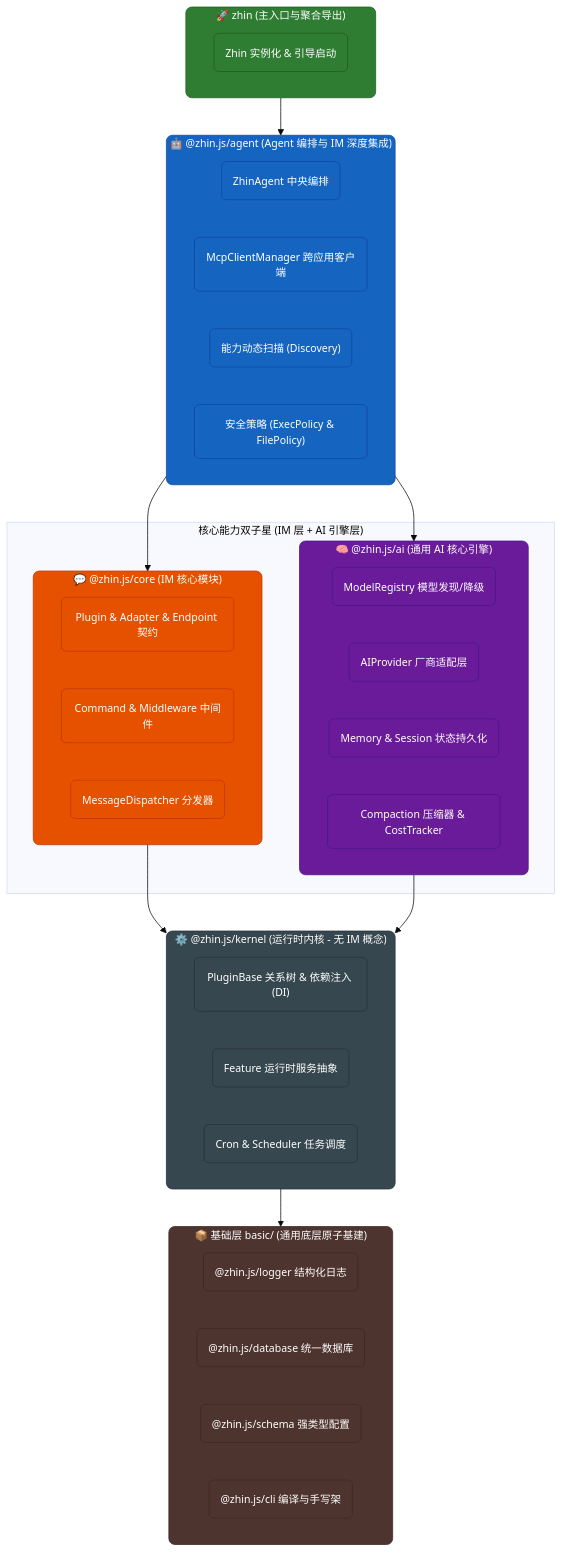
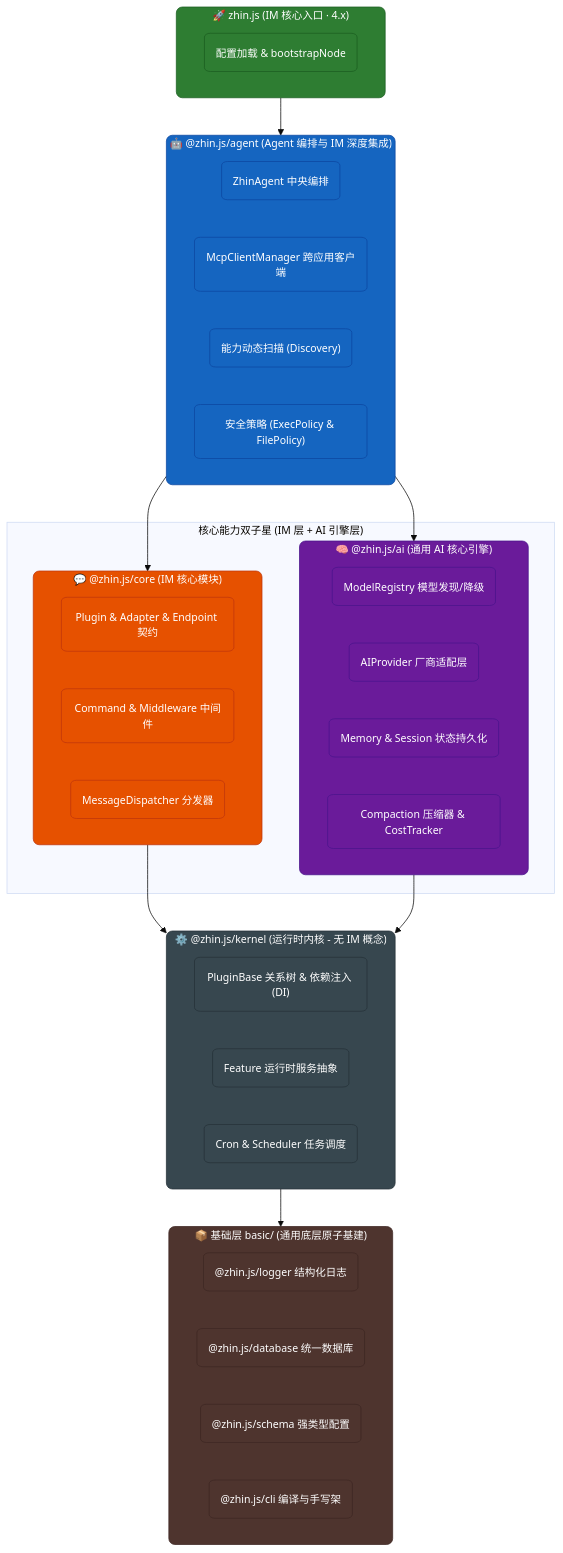
One commit to zhinjs/zhin changed the first of 4 diagrams in README.md. Above: the diagram before and after it, drawn with Mermaid. The commit also changed other lines of this file and 91 other files, not shown here.

````diff
--- a/README.md
+++ b/README.md
@@ -281,63 +301,63 @@
 ```mermaid
 %%{init: {'theme': 'base', 'themeVariables': { 'fontSize': '14px' }}}%%
 graph TB
-  subgraph L5["🚀 zhin (主入口与聚合导出)"]
-    L5A("Zhin 实例化 & 引导启动")
+  subgraph L5["🚀 zhin.js (IM 核心入口 · 4.x)"]
+    L5A("配置加载 & bootstrapNode")
   end
 
   subgraph L4["🤖 @zhin.js/agent (Agent 编排与 IM 深度集成)"]
     L4A("ZhinAgent 中央编排")
     L4B("McpClientManager 跨应用客户端")
     L4C("能力动态扫描 (Discovery)")
     L4D("安全策略 (ExecPolicy & FilePolicy)")
   end
 
   subgraph L3["核心能力双子星 (IM 层 + AI 引擎层)"]
     subgraph L3A["💬 @zhin.js/core (IM 核心模块)"]
       C1("Plugin & Adapter & Endpoint 契约")
       C2("Command & Middleware 中间件")
       C3("MessageDispatcher 分发器")
     end
     subgraph L3B["🧠 @zhin.js/ai (通用 AI 核心引擎)"]
       A1("ModelRegistry 模型发现/降级")
       A2("AIProvider 厂商适配层")
       A3("Memory & Session 状态持久化")
       A4("Compaction 压缩器 & CostTracker")
     end
   end
 
   subgraph L2["⚙️ @zhin.js/kernel (运行时内核 - 无 IM 概念)"]
     L2A("PluginBase 关系树 & 依赖注入 (DI)")
     L2B("Feature 运行时服务抽象")
     L2C("Cron & Scheduler 任务调度")
   end
 
   subgraph L1["📦 基础层 basic/ (通用底层原子基建)"]
     L1A("@zhin.js/logger 结构化日志")
     L1B("@zhin.js/database 统一数据库")
     L1C("@zhin.js/schema 强类型配置")
     L1D("@zhin.js/cli 编译与手写架")
   end
 
   %% 依赖流向
   L5 --> L4
   L4 --> L3A
   L4 --> L3B
   L3A --> L2
   L3B --> L2
   L2 --> L1
 
   classDef main fill:#2e7d32,stroke:#1b5e20,color:#fff,rx:8
   classDef agent fill:#1565c0,stroke:#0d47a1,color:#fff,rx:8
   classDef core fill:#e65100,stroke:#bf360c,color:#fff,rx:8
   classDef ai fill:#6a1b9a,stroke:#4a148c,color:#fff,rx:8
   classDef kernel fill:#37474f,stroke:#263238,color:#fff,rx:8
   classDef basic fill:#4e342e,stroke:#3e2723,color:#fff,rx:8
 
   class L5,L5A main
   class L4,L4A,L4B,L4C,L4D agent
   class L3A,C1,C2,C3 core
   class L3B,A1,A2,A3,A4 ai
   class L2,L2A,L2B,L2C kernel
   class L1,L1A,L1B,L1C,L1D basic
 ```
````
